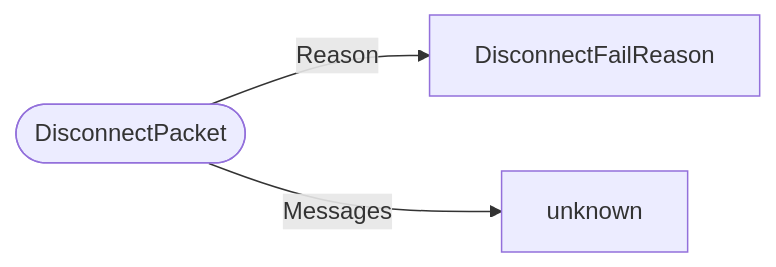
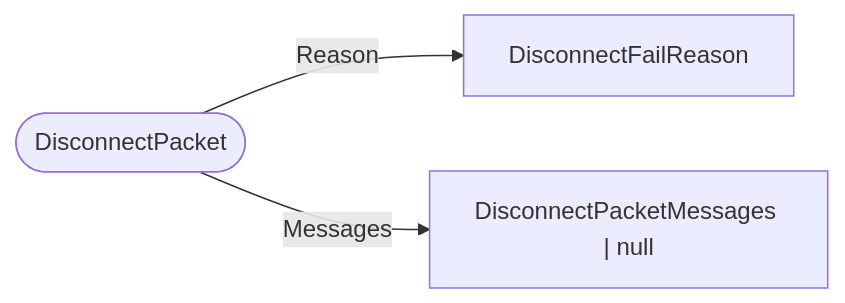
One commit to bedrock-v/protocol-docs changed the diagram in schemas/packets/DisconnectPacket.md. Above: the diagram before and after it, drawn with Mermaid. The commit also changed 114 other files, not shown here.

````diff
--- a/schemas/packets/DisconnectPacket.md
+++ b/schemas/packets/DisconnectPacket.md
@@ -7,6 +7,6 @@
 ```mermaid
 flowchart LR
   ROOT(["DisconnectPacket"])
   ROOT -->|"Reason"| DisconnectFailReason["DisconnectFailReason"]
-  ROOT -->|"Messages"| unknown["unknown"]
+  ROOT -->|"Messages"| DisconnectPacketMessages___null["DisconnectPacketMessages | null"]
 ```
````
